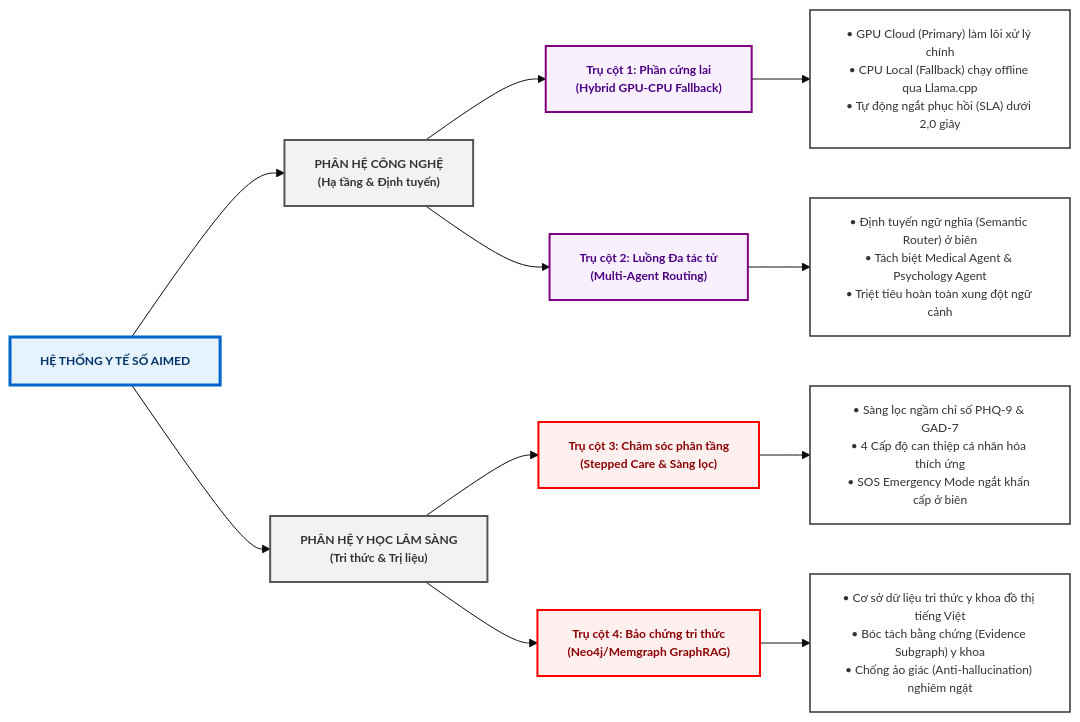
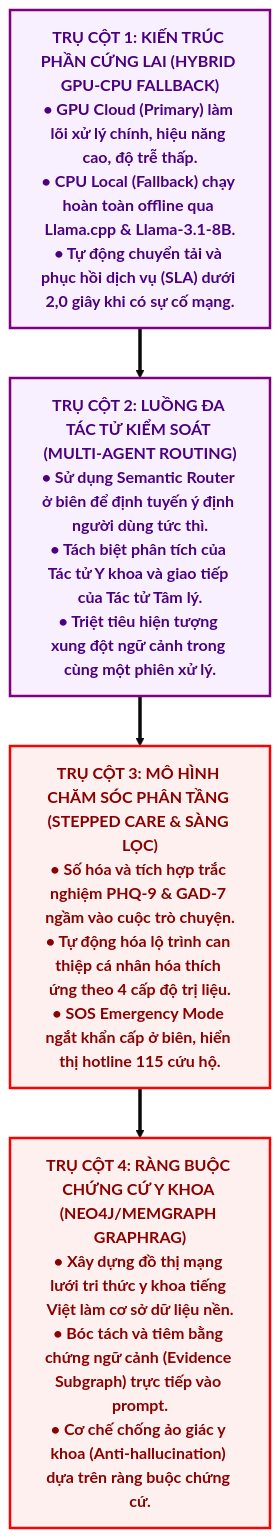
Before and after one commit to caonguyenthanhan/aimed: the diagram in hieu_chinh.md, drawn with Mermaid (base theme).

Commit message:
Update Hình 1.7 in hieu_chinh.md to a single-column vertical flowchart layout

````diff
--- a/hieu_chinh.md
+++ b/hieu_chinh.md
@@ -15,33 +15,17 @@
 ```mermaid
-flowchart LR
-    %% Định nghĩa phong cách hiển thị
-    classDef main fill:#E6F2FF,stroke:#0066CC,stroke-width:3px,font-weight:bold,color:#003366;
-    classDef cat fill:#F2F2F2,stroke:#555555,stroke-width:2px,font-weight:bold,color:#333333;
-    classDef tech fill:#F9F0FF,stroke:#800080,stroke-width:2px,font-weight:bold,color:#4B0082;
-    classDef med fill:#FFF0F0,stroke:#FF0000,stroke-width:2px,font-weight:bold,color:#8B0000;
-    classDef node fill:#FFFFFF,stroke:#333333,stroke-width:1.5px,font-size:12px;
+flowchart TD
+    %% Định nghĩa phong cách hiển thị với kích thước chữ lớn
+    classDef tech fill:#F9F0FF,stroke:#800080,stroke-width:2.5px,font-weight:bold,color:#4B0082;
+    classDef med fill:#FFF0F0,stroke:#FF0000,stroke-width:2.5px,font-weight:bold,color:#8B0000;
 
-    %% Nút trung tâm
-    Central["HỆ THỐNG Y TẾ SỐ AIMED"]:::main
+    P1["TRỤ CỘT 1: KIẾN TRÚC PHẦN CỨNG LAI (HYBRID GPU-CPU FALLBACK)<br/>• GPU Cloud (Primary) làm lõi xử lý chính, hiệu năng cao, độ trễ thấp.<br/>• CPU Local (Fallback) chạy hoàn toàn offline qua Llama.cpp & Llama-3.1-8B.<br/>• Tự động chuyển tải và phục hồi dịch vụ (SLA) dưới 2,0 giây khi có sự cố mạng."]:::tech
+    
+    P2["TRỤ CỘT 2: LUỒNG ĐA TÁC TỬ KIỂM SOÁT (MULTI-AGENT ROUTING)<br/>• Sử dụng Semantic Router ở biên để định tuyến ý định người dùng tức thì.<br/>• Tách biệt phân tích của Tác tử Y khoa và giao tiếp của Tác tử Tâm lý.<br/>• Triệt tiêu hiện tượng xung đột ngữ cảnh trong cùng một phiên xử lý."]:::tech
+    
+    P3["TRỤ CỘT 3: MÔ HÌNH CHĂM SÓC PHÂN TẦNG (STEPPED CARE & SÀNG LỌC)<br/>• Số hóa và tích hợp trắc nghiệm PHQ-9 & GAD-7 ngầm vào cuộc trò chuyện.<br/>• Tự động hóa lộ trình can thiệp cá nhân hóa thích ứng theo 4 cấp độ trị liệu.<br/>• SOS Emergency Mode ngắt khẩn cấp ở biên, hiển thị hotline 115 cứu hộ."]:::med
+    
+    P4["TRỤ CỘT 4: RÀNG BUỘC CHỨNG CỨ Y KHOA (NEO4J/MEMGRAPH GRAPHRAG)<br/>• Xây dựng đồ thị mạng lưới tri thức y khoa tiếng Việt làm cơ sở dữ liệu nền.<br/>• Bóc tách và tiêm bằng chứng ngữ cảnh (Evidence Subgraph) trực tiếp vào prompt.<br/>• Cơ chế chống ảo giác y khoa (Anti-hallucination) dựa trên ràng buộc chứng cứ."]:::med
 
-    %% Phân hệ
-    Central --> Tech["PHÂN HỆ CÔNG NGHỆ<br/>(Hạ tầng & Định tuyến)"]:::cat
-    Central --> Med["PHÂN HỆ Y HỌC LÂM SÀNG<br/>(Tri thức & Trị liệu)"]:::cat
-
-    %% Trụ cột Công nghệ
-    Tech --> P1["Trụ cột 1: Phần cứng lai<br/>(Hybrid GPU-CPU Fallback)"]:::tech
-    Tech --> P2["Trụ cột 2: Luồng Đa tác tử<br/>(Multi-Agent Routing)"]:::tech
-
-    %% Trụ cột Y học
-    Med --> P3["Trụ cột 3: Chăm sóc phân tầng<br/>(Stepped Care & Sàng lọc)"]:::med
-    Med --> P4["Trụ cột 4: Bảo chứng tri thức<br/>(Neo4j/Memgraph GraphRAG)"]:::med
-
-    %% Chi tiết dạng danh sách gộp (Giúp chữ to và bố cục đứng cực kỳ gọn trong Word)
-    P1 --> P1_detail["• GPU Cloud (Primary) làm lõi xử lý chính<br/>• CPU Local (Fallback) chạy offline qua Llama.cpp<br/>• Tự động ngắt phục hồi (SLA) dưới 2,0 giây"]:::node
-    
-    P2 --> P2_detail["• Định tuyến ngữ nghĩa (Semantic Router) ở biên<br/>• Tách biệt Medical Agent & Psychology Agent<br/>• Triệt tiêu hoàn toàn xung đột ngữ cảnh"]:::node
-    
-    P3 --> P3_detail["• Sàng lọc ngầm chỉ số PHQ-9 & GAD-7<br/>• 4 Cấp độ can thiệp cá nhân hóa thích ứng<br/>• SOS Emergency Mode ngắt khẩn cấp ở biên"]:::node
-    
-    P4 --> P4_detail["• Cơ sở dữ liệu tri thức y khoa đồ thị tiếng Việt<br/>• Bóc tách bằng chứng (Evidence Subgraph) y khoa<br/>• Chống ảo giác (Anti-hallucination) nghiêm ngặt"]:::node
+    %% Kết nối luồng đứng dọc
+    P1 ==> P2 ==> P3 ==> P4
 ```
````
